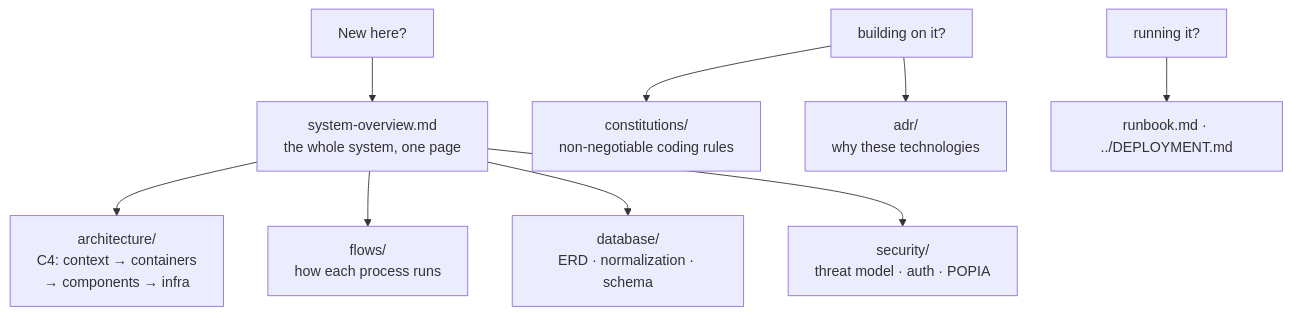
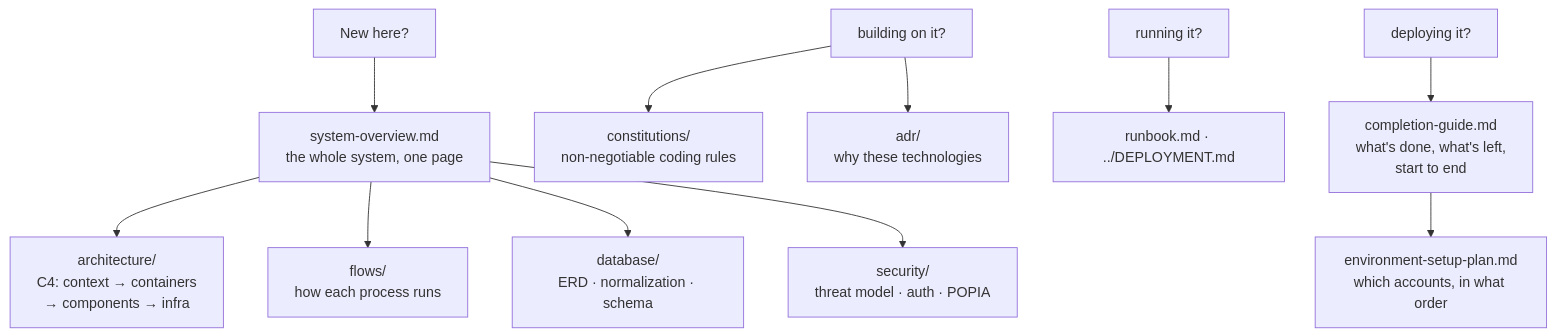
The diagram in docs/README.md (KSDRILL-SA/Xkimi-Xa-Mali), drawn with Mermaid before and after one commit. The commit also changed other lines of this file and 2 other files, not shown here.

First line of the commit message:
docs: what's done, what's left, and where deployment starts and ends (#271)

````diff
--- a/docs/README.md
+++ b/docs/README.md
@@ -5,11 +5,13 @@
 ```mermaid
 flowchart TD
     START["New here?"] --> OV["system-overview.md<br/>the whole system, one page"]
     OV --> ARCH["architecture/<br/>C4: context → containers<br/>→ components → infra"]
     OV --> FLOWS["flows/<br/>how each process runs"]
     OV --> DB["database/<br/>ERD · normalization · schema"]
     OV --> SEC["security/<br/>threat model · auth · POPIA"]
     BUILD["building on it?"] --> CONST["constitutions/<br/>non-negotiable coding rules"]
     BUILD --> ADR["adr/<br/>why these technologies"]
     RUN["running it?"] --> RB["runbook.md · ../DEPLOYMENT.md"]
+    DEPLOY["deploying it?"] --> DONE["completion-guide.md<br/>what's done, what's left,<br/>start to end"]
+    DONE --> ENVPLAN["environment-setup-plan.md<br/>which accounts, in what order"]
 ```
````
